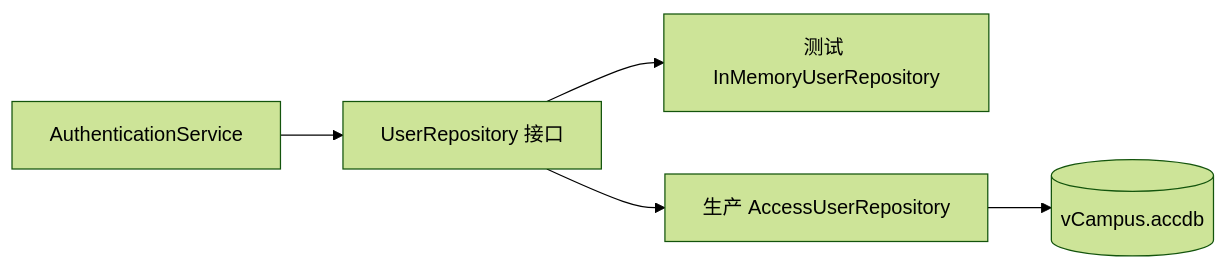
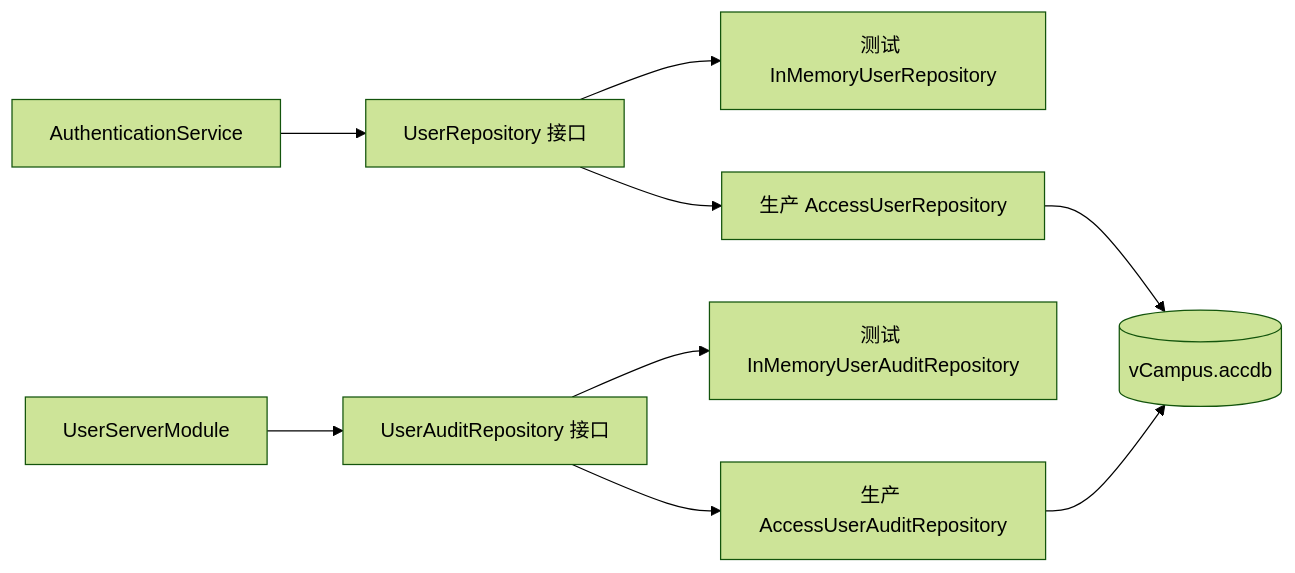
The sixth of 6 diagrams in docs/design/SOFTWARE_DESIGN_SPECIFICATION.md (qlaxyy/JAVA-Campus-software), drawn with Mermaid (forest theme) before and after one commit. The commit also changed other lines of this file and 37 other files, not shown here.

Commit message:
feat(user): expire sessions and audit account changes

````diff
--- a/docs/design/SOFTWARE_DESIGN_SPECIFICATION.md
+++ b/docs/design/SOFTWARE_DESIGN_SPECIFICATION.md
@@ -714,7 +719,11 @@
 ```mermaid
 flowchart LR
     AUTH[AuthenticationService] --> UR[UserRepository 接口]
     UR --> MEM[测试 InMemoryUserRepository]
     UR --> DAO[生产 AccessUserRepository]
     DAO --> DB[(vCampus.accdb)]
+    USER[UserServerModule] --> AUDIT[UserAuditRepository 接口]
+    AUDIT --> AMEM[测试 InMemoryUserAuditRepository]
+    AUDIT --> ADAO[生产 AccessUserAuditRepository]
+    ADAO --> DB
 ```
````
